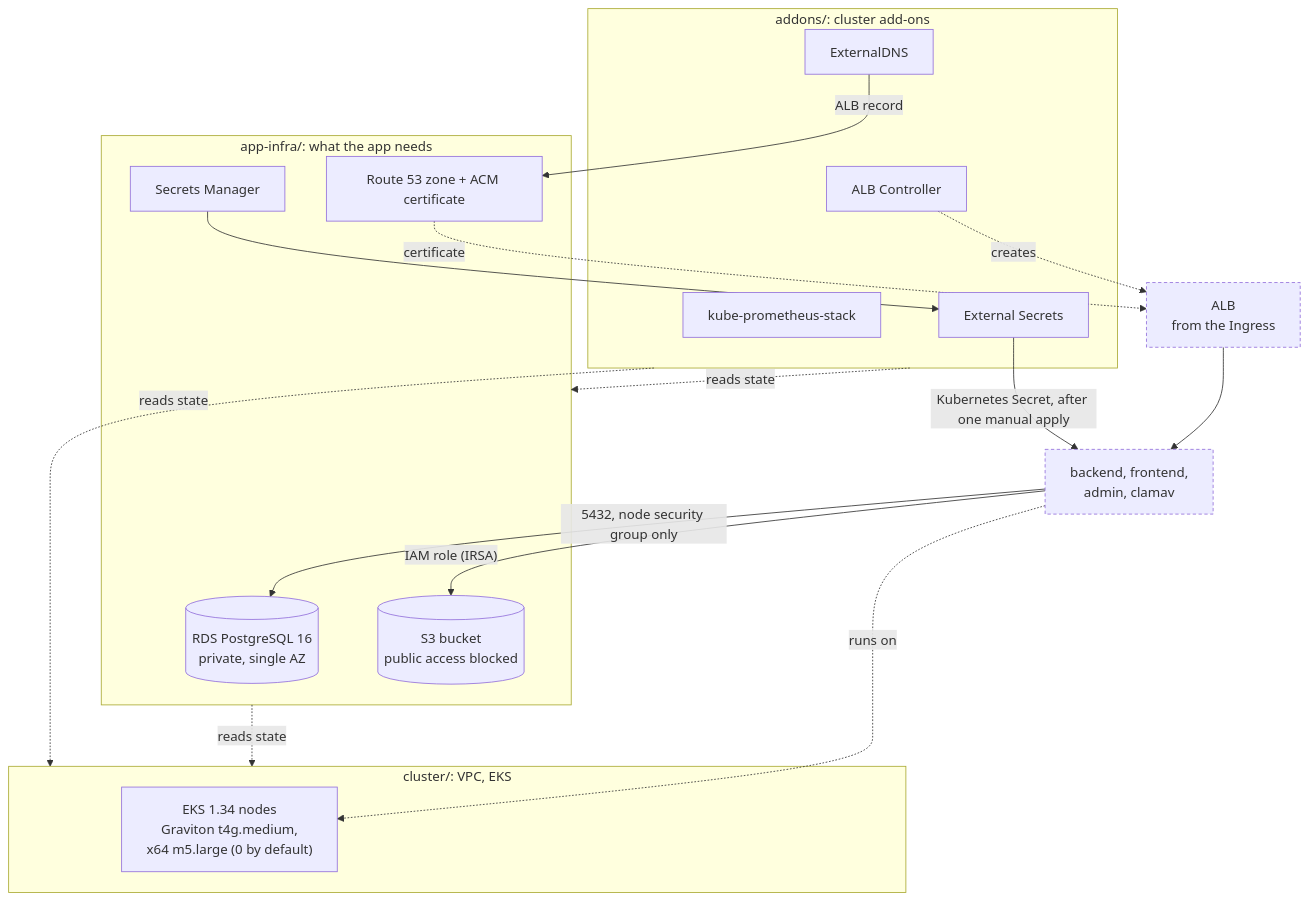
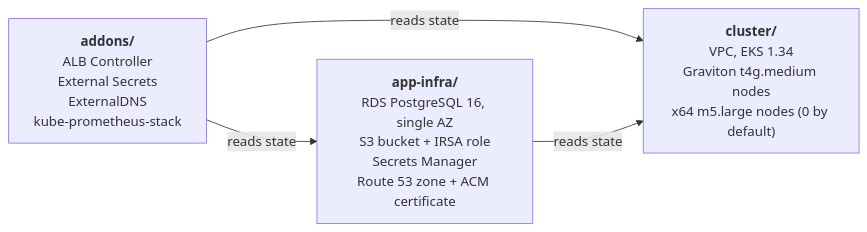
Before and after one commit to Bluecode77732/Upload-Board-Project: the fourth of 4 diagrams in README.md, drawn with Mermaid. The commit also changed other lines of this file and 3 other files, not shown here.

````diff
--- a/README.md
+++ b/README.md
@@ -213,32 +212,9 @@
 ```mermaid
-flowchart TB
-  subgraph C["cluster/: VPC, EKS"]
-    NODES["EKS 1.34 nodes<br/>Graviton t4g.medium,<br/>x64 m5.large (0 by default)"]
-  end
-  subgraph A["app-infra/: what the app needs"]
-    RDS[("RDS PostgreSQL 16<br/>private, single AZ")]
-    S3[("S3 bucket<br/>public access blocked")]
-    SM["Secrets Manager"]
-    DNS["Route 53 zone + ACM certificate"]
-  end
-  subgraph D["addons/: cluster add-ons"]
-    LBC["ALB Controller"]
-    ESO["External Secrets"]
-    EDNS["ExternalDNS"]
-    PROM["kube-prometheus-stack"]
-  end
-  A -. "reads state" .-> C
-  D -. "reads state" .-> C
-  D -. "reads state" .-> A
-  ALB["ALB<br/>from the Ingress"]:::rt
-  APP["backend, frontend,<br/>admin, clamav"]:::rt
-  LBC -. "creates" .-> ALB
-  ALB --> APP
-  APP -. "runs on" .-> NODES
-  APP -- "5432, node security group only" --> RDS
-  APP -- "IAM role (IRSA)" --> S3
-  SM --> ESO -- "Kubernetes Secret, after one manual apply" --> APP
-  EDNS -- "ALB record" --> DNS
-  DNS -. "certificate" .-> ALB
-  classDef rt stroke-dasharray:4 3
+flowchart LR
+  D["<b>addons/</b><br/>ALB Controller<br/>External Secrets<br/>ExternalDNS<br/>kube-prometheus-stack"]
+  A["<b>app-infra/</b><br/>RDS PostgreSQL 16, single AZ<br/>S3 bucket + IRSA role<br/>Secrets Manager<br/>Route 53 zone + ACM certificate"]
+  C["<b>cluster/</b><br/>VPC, EKS 1.34<br/>Graviton t4g.medium nodes<br/>x64 m5.large nodes (0 by default)"]
+  D -- "reads state" --> A
+  D -- "reads state" --> C
+  A -- "reads state" --> C
 ```
````
